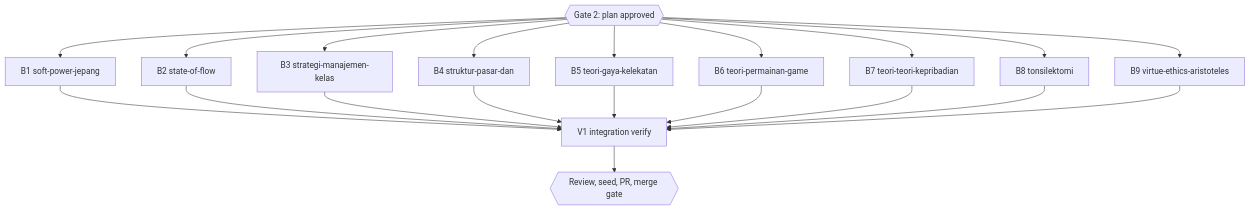
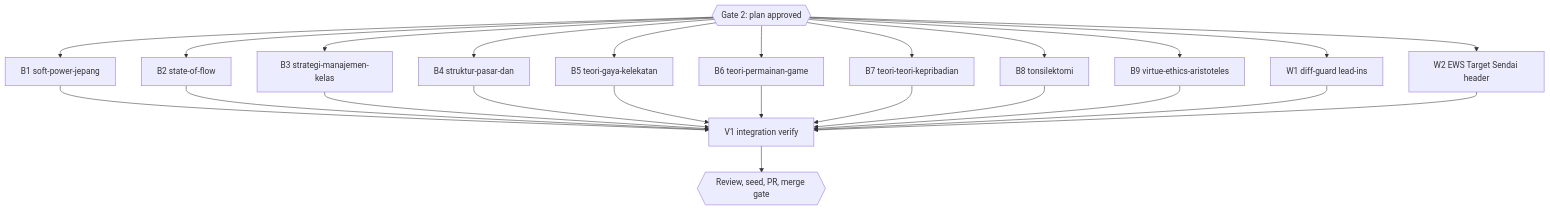
One commit to belajarcarabelajar/dawnbook changed the diagram in docs/code-plan/plans/2026-10-16-dawnbook-diagrams-retrofit-rf6.md. Above: the diagram before and after it, drawn with Mermaid. The commit also changed other lines of this file, not shown here.

Commit message:
docs(diagrams): RF6 plan gains the debt-sweep tasks W1 and W2

````diff
--- a/docs/code-plan/plans/2026-10-16-dawnbook-diagrams-retrofit-rf6.md
+++ b/docs/code-plan/plans/2026-10-16-dawnbook-diagrams-retrofit-rf6.md
@@ -203,25 +226,29 @@
 ```mermaid
 flowchart TD
     accTitle: Task graph for diagram retrofit RF6
     accDescr: After plan approval the book tasks run in parallel, one subagent each, and an integration check closes the graph before review, seed and the pull request.
     G2{{"Gate 2: plan approved"}}
     G2 --> B1["B1 soft-power-jepang"]
     G2 --> B2["B2 state-of-flow"]
     G2 --> B3["B3 strategi-manajemen-kelas"]
     G2 --> B4["B4 struktur-pasar-dan"]
     G2 --> B5["B5 teori-gaya-kelekatan"]
     G2 --> B6["B6 teori-permainan-game"]
     G2 --> B7["B7 teori-teori-kepribadian"]
     G2 --> B8["B8 tonsilektomi"]
     G2 --> B9["B9 virtue-ethics-aristoteles"]
     B1 --> V1["V1 integration verify"]
     B2 --> V1["V1 integration verify"]
     B3 --> V1["V1 integration verify"]
     B4 --> V1["V1 integration verify"]
     B5 --> V1["V1 integration verify"]
     B6 --> V1["V1 integration verify"]
     B7 --> V1["V1 integration verify"]
     B8 --> V1["V1 integration verify"]
     B9 --> V1["V1 integration verify"]
+    G2 --> W1["W1 diff-guard lead-ins"]
+    G2 --> W2["W2 EWS Target Sendai header"]
+    W1 --> V1
+    W2 --> V1
     V1 --> PR{{"Review, seed, PR, merge gate"}}
 ```
````
